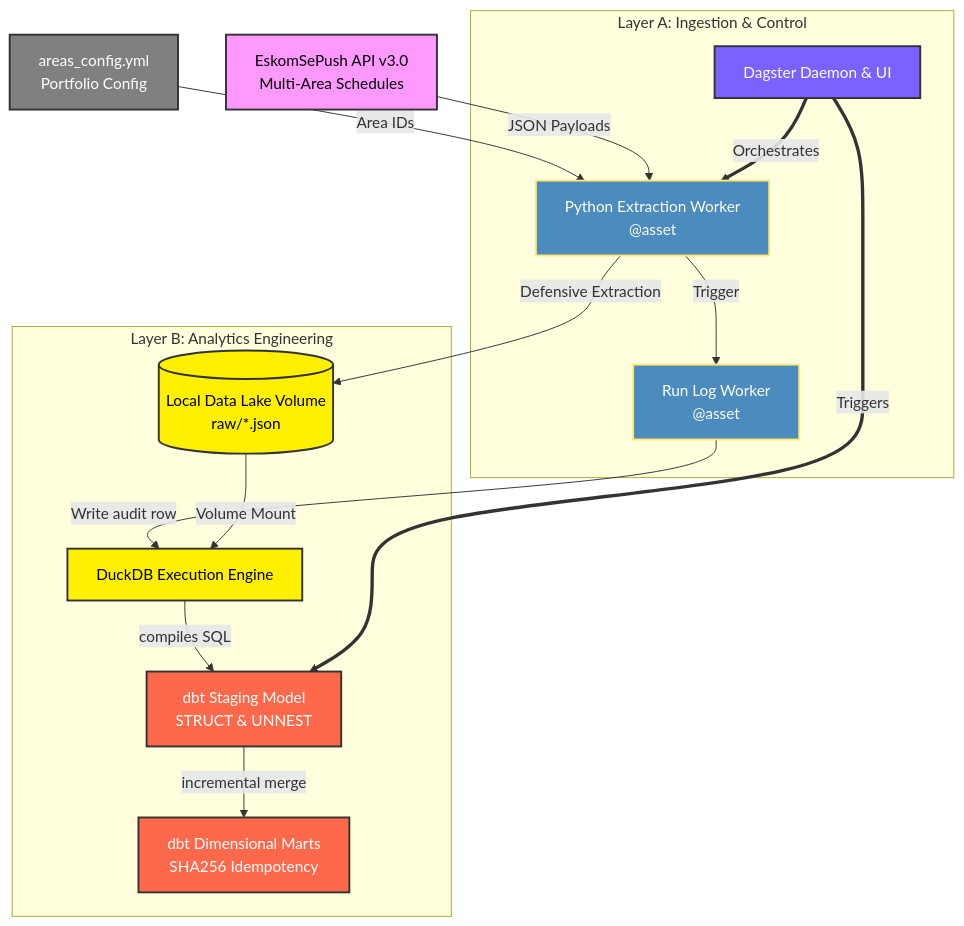
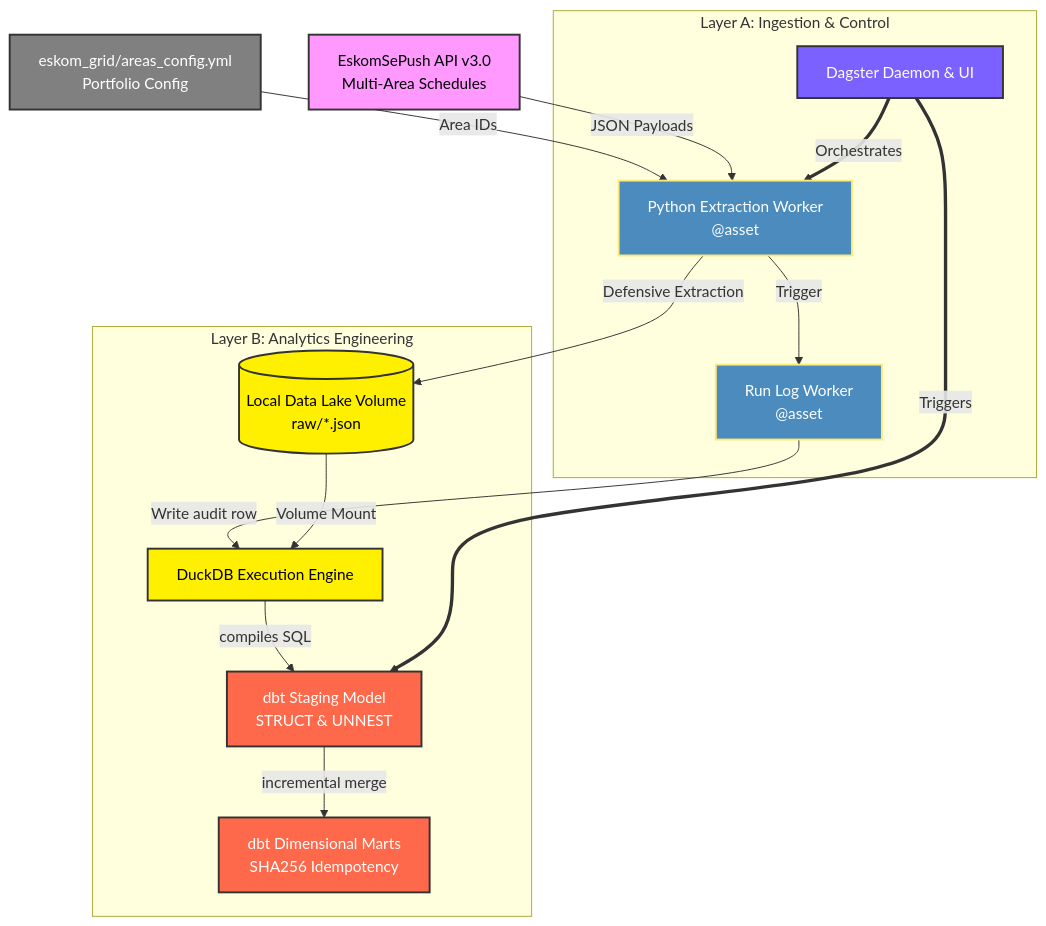
One commit to Furnx/eskom-grid-observability changed the diagram in README.md. Above: the diagram before and after it, drawn with Mermaid. The commit also changed other lines of this file and 6 other files, not shown here.

Commit message:
feat: refactor extraction logic into eskom_grid package and update README for new paths

````diff
--- a/README.md
+++ b/README.md
@@ -40,41 +40,41 @@
 ```mermaid
 graph TD
     %% Define Styles
     classDef api fill:#f9f,stroke:#333,stroke-width:2px,color:#000;
     classDef python fill:#4B8BBE,stroke:#FFE873,stroke-width:2px,color:#fff;
     classDef duckdb fill:#FFF000,stroke:#333,stroke-width:2px,color:#000;
     classDef dbt fill:#FF694B,stroke:#333,stroke-width:2px,color:#fff;
     classDef dagster fill:#7b61ff,stroke:#333,stroke-width:2px,color:#fff;
     classDef config fill:#808080,stroke:#333,stroke-width:2px,color:#fff;
 
     %% Nodes
     A[EskomSePush API v3.0<br/>Multi-Area Schedules]:::api
-    Config[areas_config.yml<br/>Portfolio Config]:::config
+    Config[eskom_grid/areas_config.yml<br/>Portfolio Config]:::config
     
     subgraph Layer A: Ingestion & Control
         Z[Dagster Daemon & UI]:::dagster
         B[Python Extraction Worker<br/>@asset]:::python
         RunLog[Run Log Worker<br/>@asset]:::python
     end
 
     subgraph Layer B: Analytics Engineering
         C[(Local Data Lake Volume<br/>raw/*.json)]:::duckdb
         D[DuckDB Execution Engine]:::duckdb
         E[dbt Staging Model<br/>STRUCT & UNNEST]:::dbt
         F[dbt Dimensional Marts<br/>SHA256 Idempotency]:::dbt
     end
 
     %% Edges
     Config -->|Area IDs| B
     A -->|JSON Payloads| B
     B -->|Defensive Extraction| C
     B -->|Trigger| RunLog
     RunLog -->|Write audit row| D
     C -->|Volume Mount| D
     D -->|compiles SQL| E
     E -->|incremental merge| F
     
     %% Control lines
     Z ==>|Orchestrates| B
     Z ==>|Triggers| E
 ```
````
